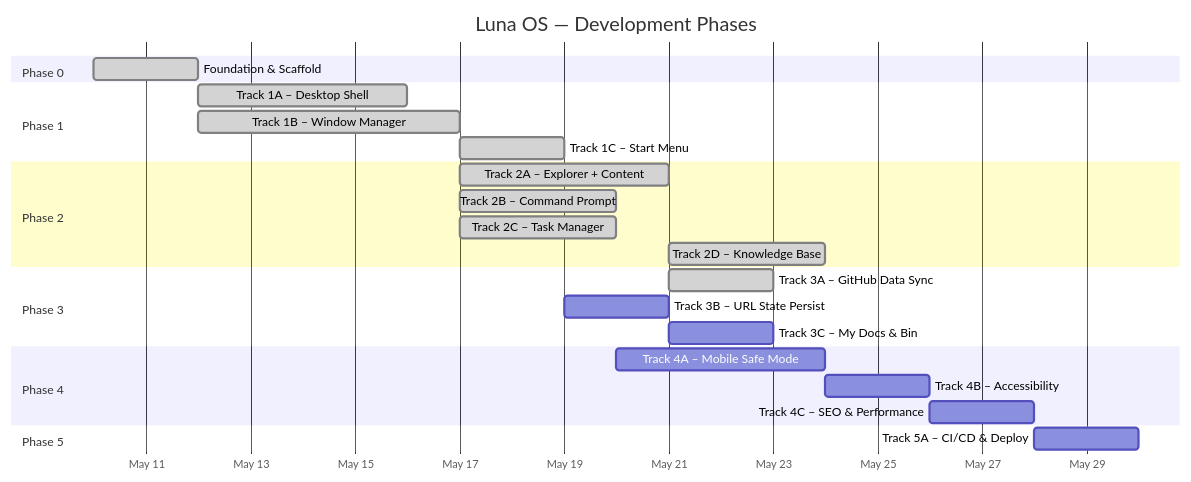
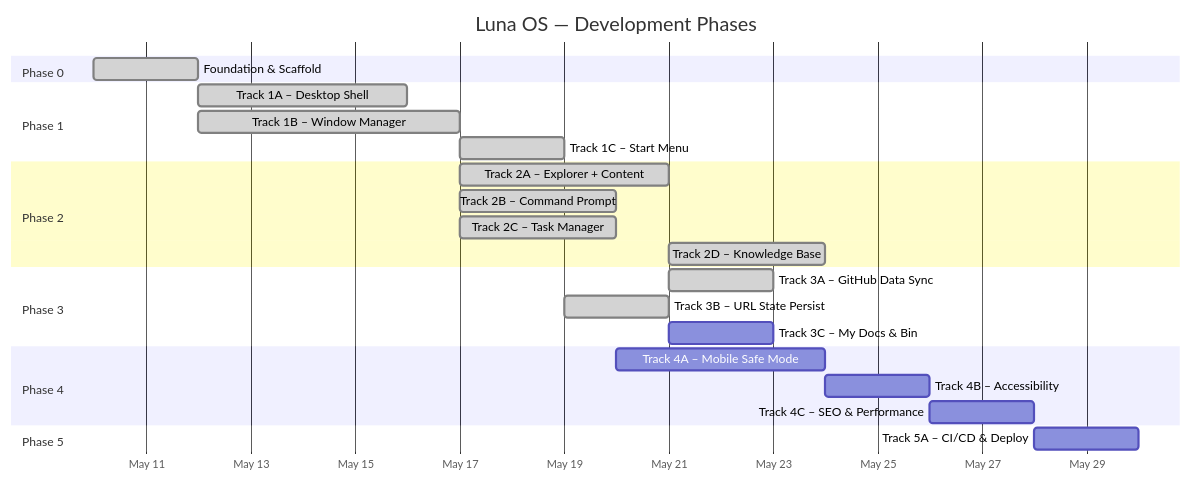
One commit to mansyar/portfolio-v3 changed the first of 2 diagrams in docs/ROADMAP.md. Above: the diagram before and after it, drawn with Mermaid. The commit also changed other lines of this file and 5 other files, not shown here.

First line of the commit message:
docs(conductor): Synchronize docs for track 'URL State Persistence

````diff
--- a/docs/ROADMAP.md
+++ b/docs/ROADMAP.md
@@ -11,33 +11,33 @@
 ```mermaid
 gantt
     title Luna OS — Development Phases
     dateFormat  YYYY-MM-DD
     axisFormat  %b %d
 
     section Phase 0
     Foundation & Scaffold         :done, p0, 2026-05-10, 2d
 
     section Phase 1
     Track 1A – Desktop Shell      :done, p1a, after p0, 4d
     Track 1B – Window Manager     :done, p1b, after p0, 5d
     Track 1C – Start Menu         :done, p1c, after p1b, 2d
 
     section Phase 2
     Track 2A – Explorer + Content :done, p2a, after p1b, 4d
     Track 2B – Command Prompt     :done, p2b, after p1b, 3d
     Track 2C – Task Manager       :done, p2c, after p1b, 3d
     Track 2D – Knowledge Base     :done, p2d, after p2a, 3d
 
     section Phase 3
     Track 3A – GitHub Data Sync   :done, p3a, after p2a, 2d
-    Track 3B – URL State Persist  :p3b, after p1c, 2d
+    Track 3B – URL State Persist  :done, p3b, after p1c, 2d
     Track 3C – My Docs & Bin      :p3c, after p2a, 2d
 
     section Phase 4
     Track 4A – Mobile Safe Mode   :p4a, after p2b, 4d
     Track 4B – Accessibility      :p4b, after p4a, 2d
     Track 4C – SEO & Performance  :p4c, after p4b, 2d
 
     section Phase 5
     Track 5A – CI/CD & Deploy     :p5a, after p4c, 2d
 ```
````
